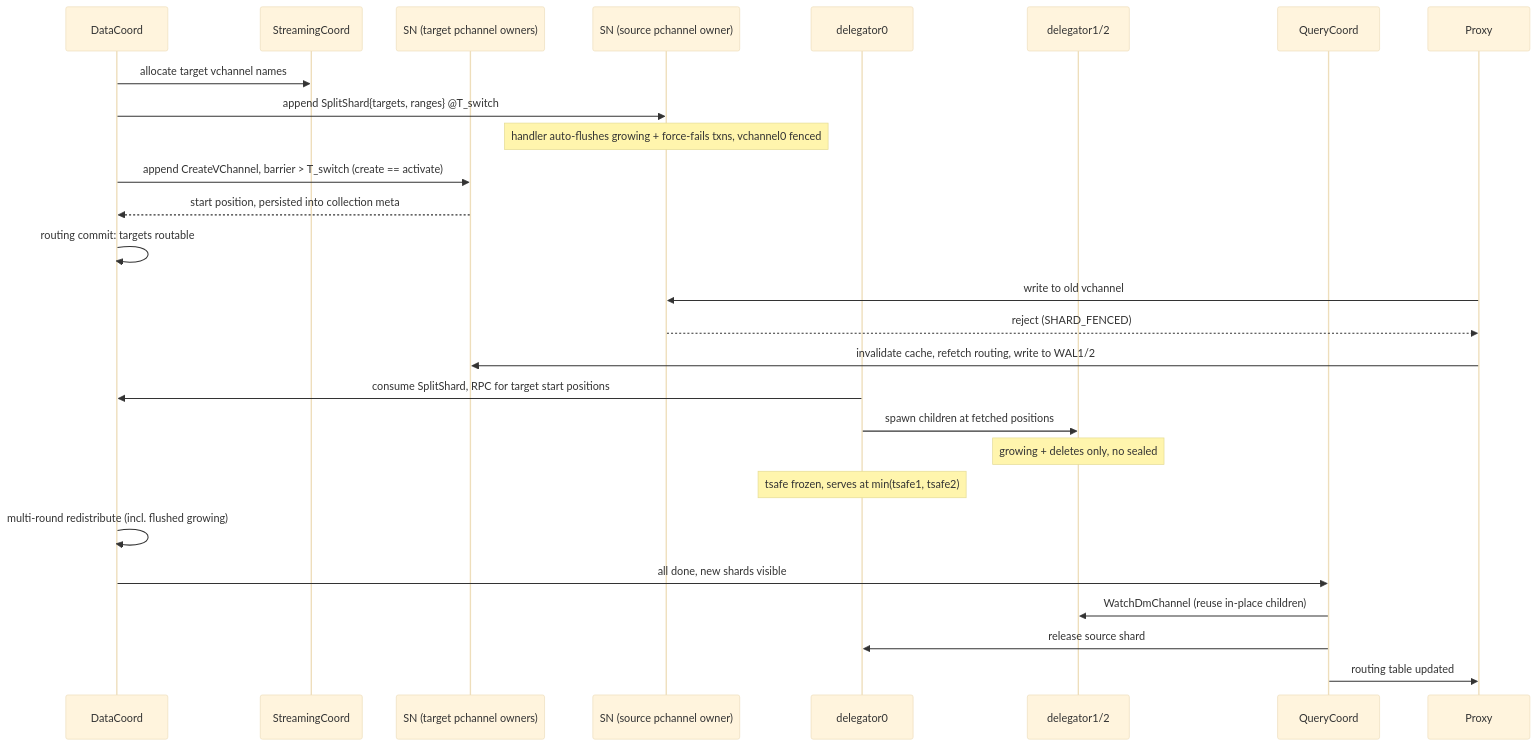
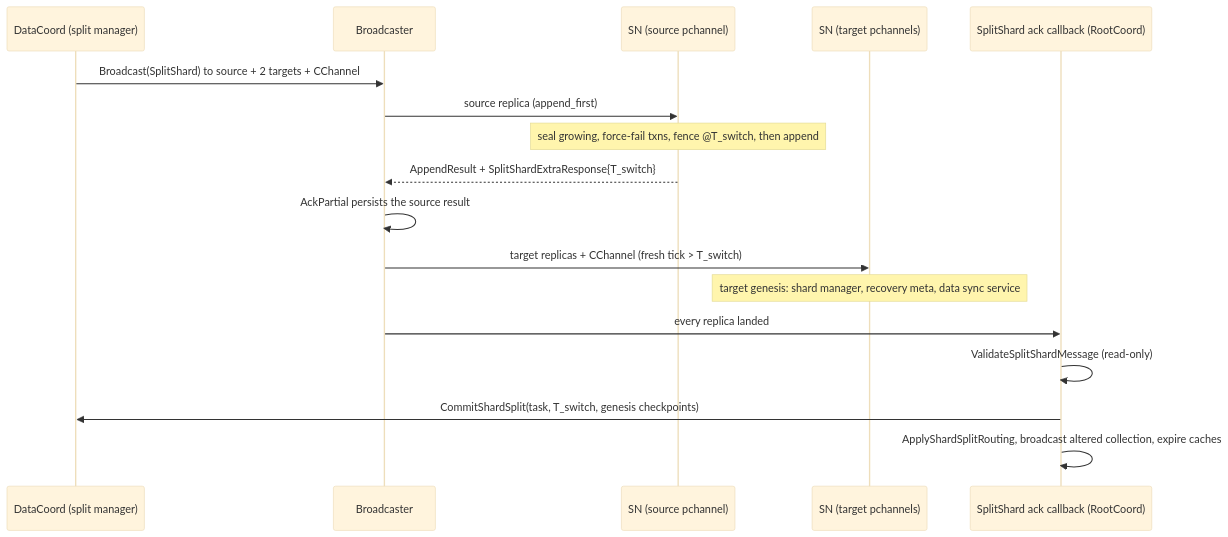
One commit to milvus-io/milvus changed the second of 4 diagrams in docs/design-docs/design_docs/20260610-shard_split.md. Above: the diagram before and after it, drawn with Mermaid (base theme). The commit also changed other lines of this file, not shown here.

First line of the commit message:
doc: carry the shard split design doc's review-round-3 text onto the new base

````diff
--- a/docs/design-docs/design_docs/20260610-shard_split.md
+++ b/docs/design-docs/design_docs/20260610-shard_split.md
@@ -368,29 +913,19 @@
 ```mermaid
 sequenceDiagram
-    participant DC as DataCoord
-    participant SC as StreamingCoord
-    participant SNT as SN (target pchannel owners)
-    participant SN0 as SN (source pchannel owner)
-    participant D0 as delegator0
-    participant D12 as delegator1/2
-    participant QC as QueryCoord
-    participant PX as Proxy
-    DC->>SC: allocate target vchannel names
-    DC->>SN0: append SplitShard{targets, ranges} @T_switch
-    Note over SN0: handler auto-flushes growing + force-fails txns, vchannel0 fenced
-    DC->>SNT: append CreateVChannel, barrier > T_switch (create == activate)
-    SNT-->>DC: start position, persisted into collection meta
-    DC->>DC: routing commit: targets routable
-    PX->>SN0: write to old vchannel
-    SN0-->>PX: reject (SHARD_FENCED)
-    PX->>SNT: invalidate cache, refetch routing, write to WAL1/2
-    D0->>DC: consume SplitShard, RPC for target start positions
-    D0->>D12: spawn children at fetched positions
-    Note over D12: growing + deletes only, no sealed
-    Note over D0: tsafe frozen, serves at min(tsafe1, tsafe2)
-    DC->>DC: multi-round redistribute (incl. flushed growing)
-    DC->>QC: all done, new shards visible
-    QC->>D12: WatchDmChannel (reuse in-place children)
-    QC->>D0: release source shard
-    QC->>PX: routing table updated
+    participant DC as DataCoord (split manager)
+    participant BC as Broadcaster
+    participant SN0 as SN (source pchannel)
+    participant SNT as SN (target pchannels)
+    participant CB as SplitShard ack callback (RootCoord)
+    DC->>BC: Broadcast(SplitShard) to source + 2 targets + CChannel
+    BC->>SN0: source replica (append_first)
+    Note over SN0: seal growing, force-fail txns, fence @T_switch, then append
+    SN0-->>BC: AppendResult + SplitShardExtraResponse{T_switch}
+    BC->>BC: AckPartial persists the source result
+    BC->>SNT: target replicas + CChannel (fresh tick > T_switch)
+    Note over SNT: target genesis: shard manager, recovery meta, data sync service
+    BC->>CB: every replica landed
+    CB->>CB: ValidateSplitShardMessage (read-only)
+    CB->>DC: CommitShardSplit(task, T_switch, genesis checkpoints)
+    CB->>CB: ApplyShardSplitRouting, broadcast altered collection, expire caches
 ```
````
